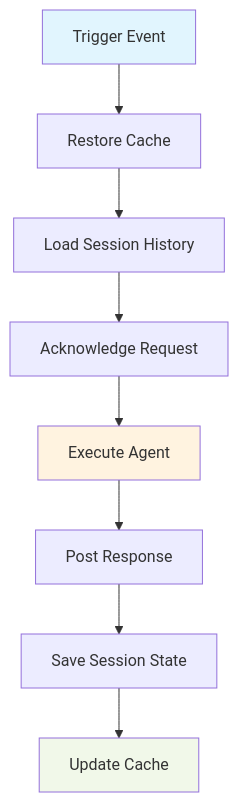
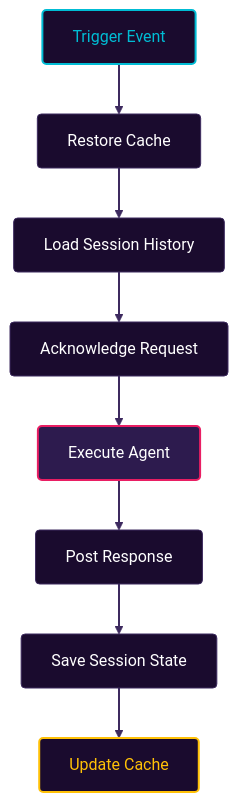
The diagram in README.md (fro-bot/agent), drawn with Mermaid before and after one commit. The commit also changed other lines of this file and 2 other files, not shown here.

Commit message:
feat(branding): add OpenCode theme and update README branding

````diff
--- a/README.md
+++ b/README.md
@@ -116,14 +116,32 @@
 ```mermaid
-flowchart TB
-    A[Trigger Event] --> B[Restore Cache]
-    B --> C[Load Session History]
-    C --> D[Acknowledge Request]
-    D --> E[Execute Agent]
-    E --> F[Post Response]
-    F --> G[Save Session State]
-    G --> H[Update Cache]
+graph TB
+%% Brand Colors: Void=#0D0216, Purple=#1A0B2E, Cyan=#00BCD4, Magenta=#E91E63, Amber=#FFC107
+%% Nodes
+A[Trigger Event] --> B[Restore Cache]
+B --> C[Load Session History]
+C --> D[Acknowledge Request]
+D --> E[Execute Agent]
+E --> F[Post Response]
+F --> G[Save Session State]
+G --> H[Update Cache]
 
-    style A fill:#e1f5fe
-    style E fill:#fff3e0
-    style H fill:#f1f8e9
+%% Styles
+classDef default fill:#1A0B2E,stroke:#3D2A5F,stroke-width:1px,color:#FFFFFF,rx:4px,ry:4px
+classDef start fill:#1A0B2E,stroke:#00BCD4,stroke-width:2px,color:#00BCD4
+classDef action fill:#2D1B4E,stroke:#E91E63,stroke-width:2px,color:#FFFFFF
+classDef endNode fill:#1A0B2E,stroke:#FFC107,stroke-width:2px,color:#FFC107
+
+%% Apply Styles
+class A start
+class E action
+class H endNode
+
+%% Link Styles (explicit indexes for broad Mermaid compatibility)
+linkStyle 0 stroke:#3D2A5F,stroke-width:2px
+linkStyle 1 stroke:#3D2A5F,stroke-width:2px
+linkStyle 2 stroke:#3D2A5F,stroke-width:2px
+linkStyle 3 stroke:#3D2A5F,stroke-width:2px
+linkStyle 4 stroke:#3D2A5F,stroke-width:2px
+linkStyle 5 stroke:#3D2A5F,stroke-width:2px
+linkStyle 6 stroke:#3D2A5F,stroke-width:2px
 ```
````
